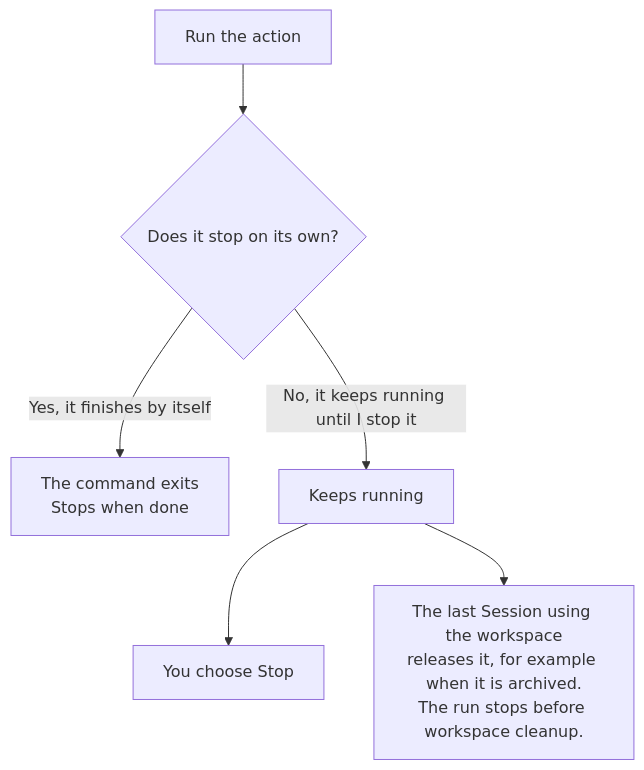
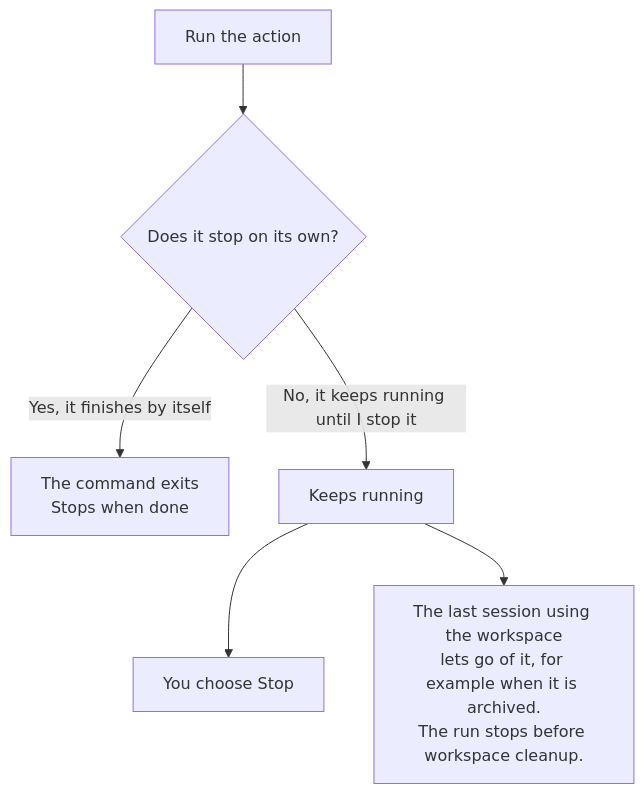
One commit to OpenWaggle/OpenWaggle changed the diagram in website/src/content/docs/configuration/project-actions.md. Above: the diagram before and after it, drawn with Mermaid. The commit also changed other lines of this file and 7 other files, not shown here.

````diff
--- a/website/src/content/docs/configuration/project-actions.md
+++ b/website/src/content/docs/configuration/project-actions.md
@@ -95,8 +95,8 @@
 ```mermaid
 flowchart TD
   start["Run the action"] --> kind{"Does it stop on its own?"}
   kind -- "Yes, it finishes by itself" --> done["The command exits<br/>Stops when done"]
   kind -- "No, it keeps running until I stop it" --> service["Keeps running"]
   service --> stop["You choose Stop"]
-  service --> release["The last Session using the workspace<br/>releases it, for example when it is archived.<br/>The run stops before workspace cleanup."]
+  service --> release["The last session using the workspace<br/>lets go of it, for example when it is archived.<br/>The run stops before workspace cleanup."]
 ```
````
